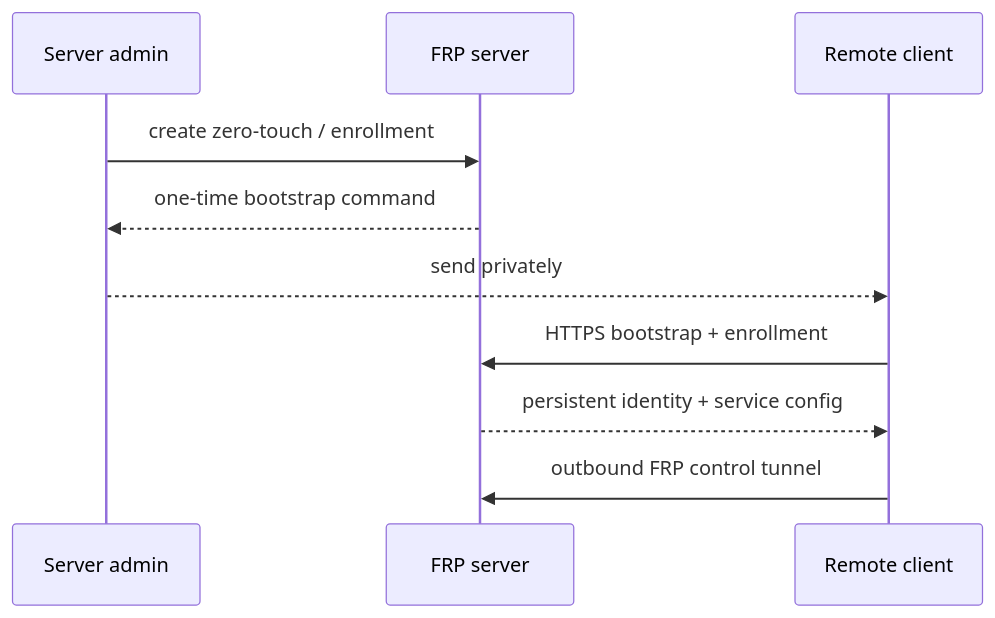
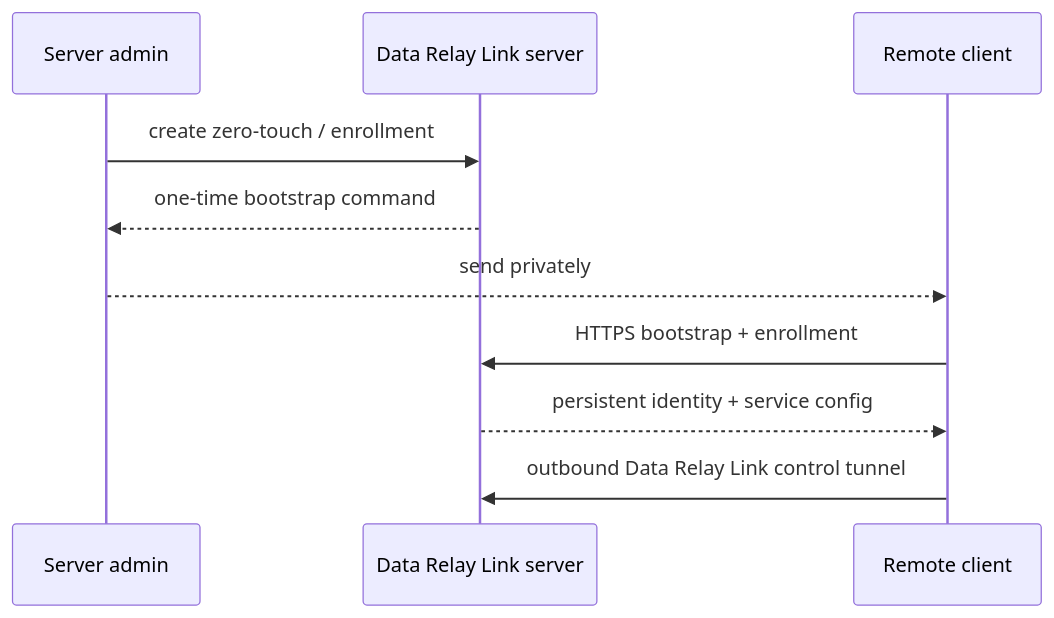
Before and after one commit to datarelay-labs/data-relay-link-docs: the second of 2 diagrams in getting-started/quickstart.mdx, drawn with Mermaid. The commit also changed other lines of this file and 36 other files, not shown here.

````diff
--- a/getting-started/quickstart.mdx
+++ b/getting-started/quickstart.mdx
@@ -115,13 +115,13 @@
 ```mermaid
 sequenceDiagram
     participant A as Server admin
-    participant S as FRP server
+    participant S as Data Relay Link server
     participant C as Remote client
 
     A->>S: create zero-touch / enrollment
     S-->>A: one-time bootstrap command
     A-->>C: send privately
     C->>S: HTTPS bootstrap + enrollment
     S-->>C: persistent identity + service config
-    C->>S: outbound FRP control tunnel
+    C->>S: outbound Data Relay Link control tunnel
 ```
````
